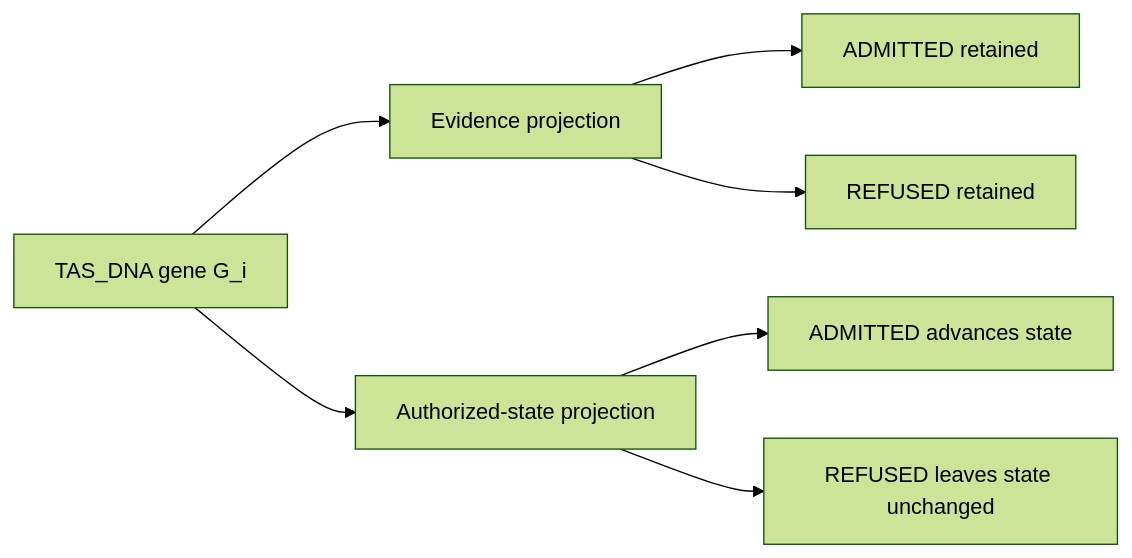
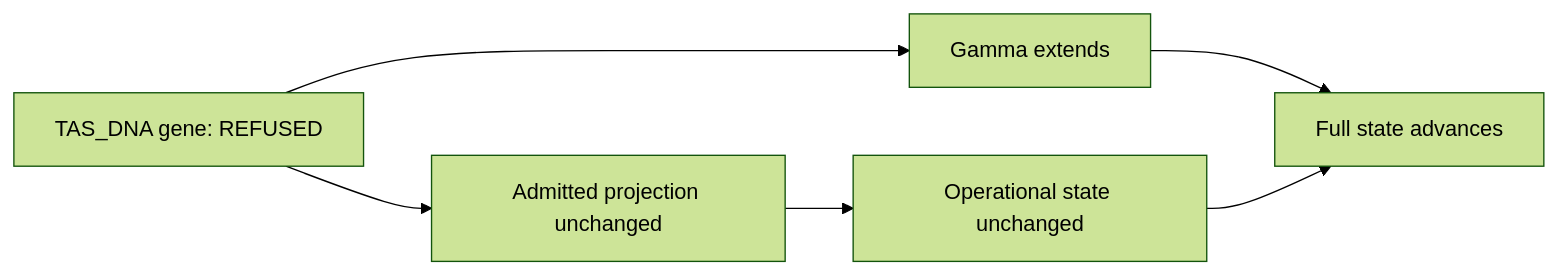
One commit to Sovereign-Data-Foundation/truealpha-spiral-explainer changed the third of 3 diagrams in diagrams/state-transition.md. Above: the diagram before and after it, drawn with Mermaid (forest theme). The commit also changed other lines of this file, not shown here.

Commit message:
Show TAS_DNA relation to full state and admitted projection

````diff
--- a/diagrams/state-transition.md
+++ b/diagrams/state-transition.md
@@ -19,11 +32,8 @@
 ```mermaid
 flowchart LR
-    G[TAS_DNA gene G_i] --> E[Evidence projection]
-    G --> S[Authorized-state projection]
-
-    E --> EA[ADMITTED retained]
-    E --> ER[REFUSED retained]
-
-    S --> SA[ADMITTED advances state]
-    S --> SR[REFUSED leaves state unchanged]
+    G2[TAS_DNA gene: REFUSED] --> L2[Gamma extends]
+    G2 --> A2[Admitted projection unchanged]
+    A2 --> O2[Operational state unchanged]
+    L2 --> S2[Full state advances]
+    O2 --> S2
 ```
````
